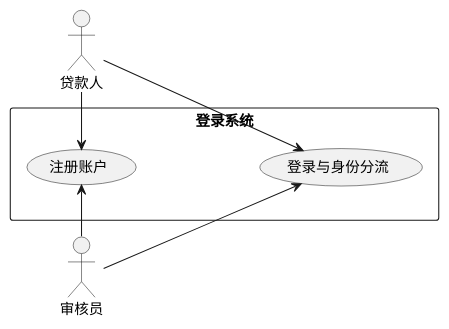
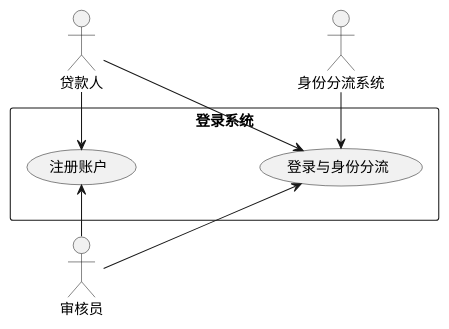
The diagram in 系统用例设计/用例图/公共.pu (sam5053/Integrated-Design), drawn with PlantUML before and after one commit. The commit also changed 8 other files, not shown here.

Commit message:
修改了用例图

```diff
--- a/系统用例设计/用例图/公共.pu
+++ b/系统用例设计/用例图/公共.pu
@@ -1,17 +1,19 @@
-@startuml
+@startuml 公共
 
 left to right direction
 
 actor 贷款人 as user
 actor 审核员 as admin
+actor 身份分流系统 as Jack
 
 rectangle "登录系统" as system {
     usecase "注册账户" as UC1
     usecase "登录与身份分流" as UC2
     UC1 <.[hidden]. UC2 : <<include>>
 }
 user -> UC1 
 user -> UC2 
 admin -> UC1 
 admin -> UC2 
+Jack -> UC2
 @enduml
```
